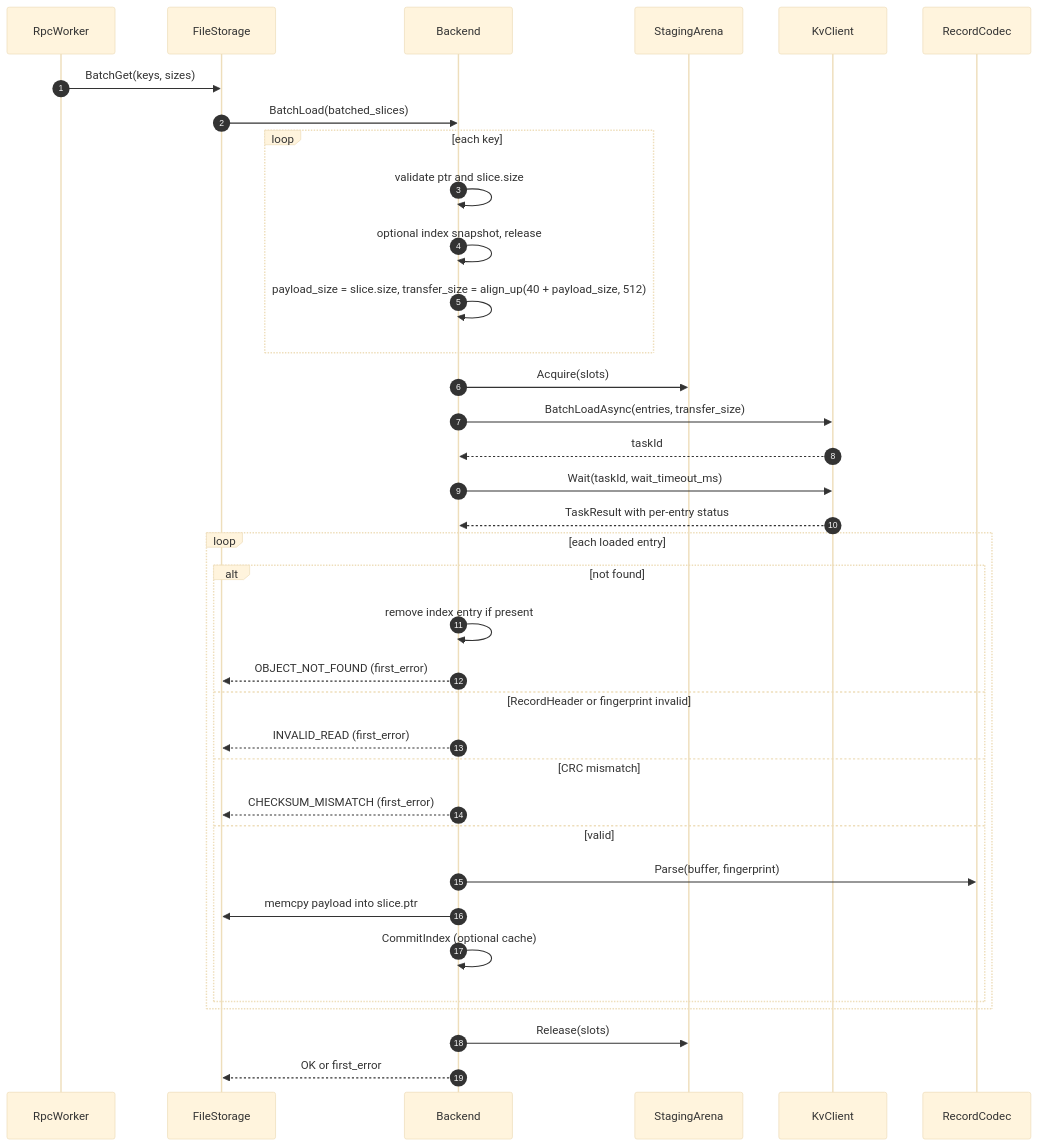
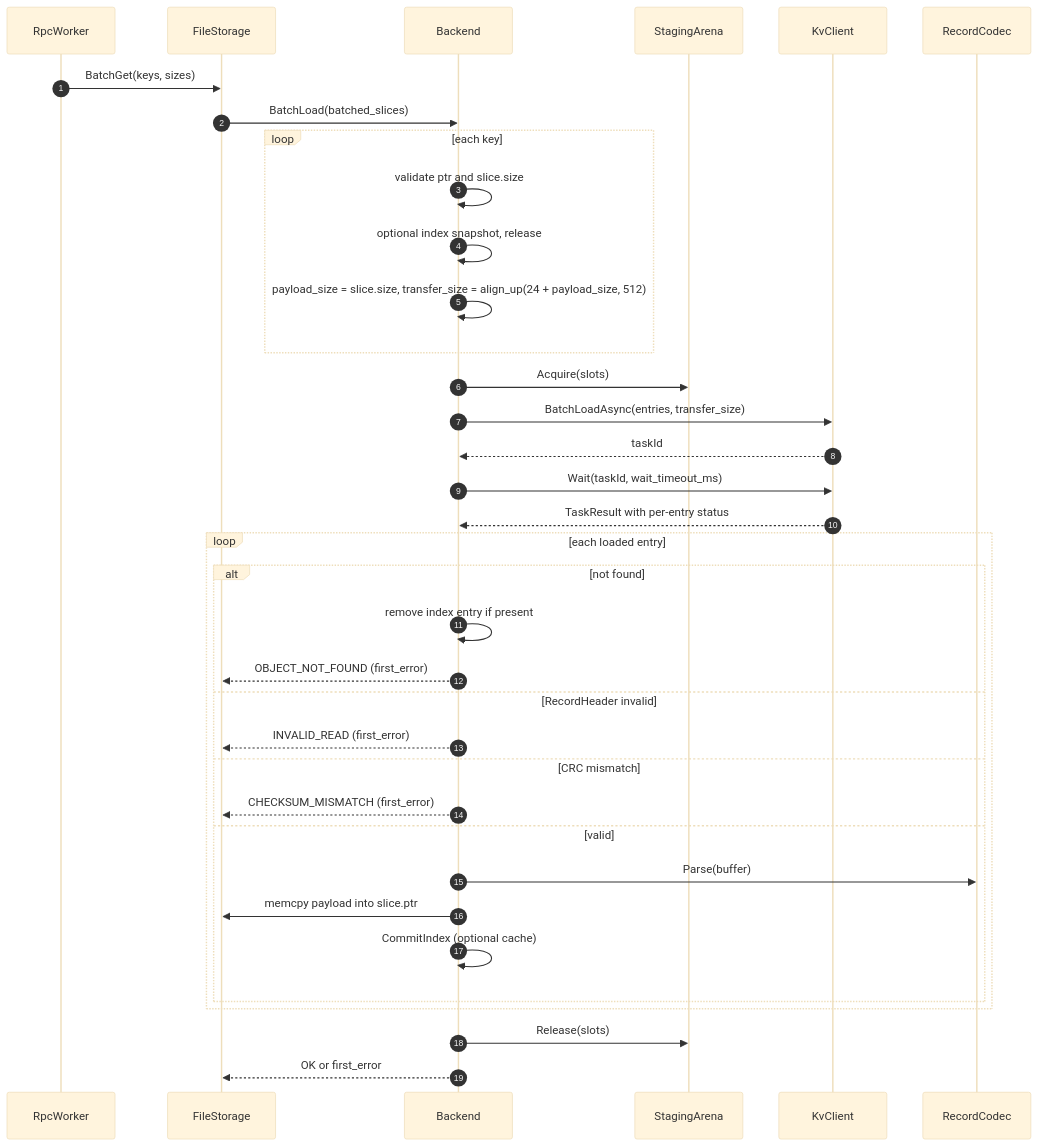
Before and after one commit to zwj20000328-dotcom/Mooncake-documents: the ninth of 14 diagrams in kv-client-storage-backend.md, drawn with Mermaid (base theme). The commit also changed other lines of this file and 1 other file, not shown here.

````diff
--- a/kv-client-storage-backend.md
+++ b/kv-client-storage-backend.md
@@ -1046,43 +1136,43 @@
 ```mermaid
 sequenceDiagram
     autonumber
     participant RPC as RpcWorker
     participant FS as FileStorage
     participant BE as Backend
     participant SA as StagingArena
     participant KC as KvClient
     participant RC as RecordCodec
 
     RPC->>FS: BatchGet(keys, sizes)
     FS->>BE: BatchLoad(batched_slices)
 
     loop each key
         BE->>BE: validate ptr and slice.size
         BE->>BE: optional index snapshot, release
-        BE->>BE: payload_size = slice.size, transfer_size = align_up(40 + payload_size, 512)
+        BE->>BE: payload_size = slice.size, transfer_size = align_up(24 + payload_size, 512)
     end
 
     BE->>SA: Acquire(slots)
     BE->>KC: BatchLoadAsync(entries, transfer_size)
     KC-->>BE: taskId
     BE->>KC: Wait(taskId, wait_timeout_ms)
     KC-->>BE: TaskResult with per-entry status
 
     loop each loaded entry
         alt not found
             BE->>BE: remove index entry if present
             BE-->>FS: OBJECT_NOT_FOUND (first_error)
-        else RecordHeader or fingerprint invalid
+        else RecordHeader invalid
             BE-->>FS: INVALID_READ (first_error)
         else CRC mismatch
             BE-->>FS: CHECKSUM_MISMATCH (first_error)
         else valid
-            BE->>RC: Parse(buffer, fingerprint)
+            BE->>RC: Parse(buffer)
             BE->>FS: memcpy payload into slice.ptr
             BE->>BE: CommitIndex (optional cache)
         end
     end
 
     BE->>SA: Release(slots)
     BE-->>FS: OK or first_error
 ```
````
